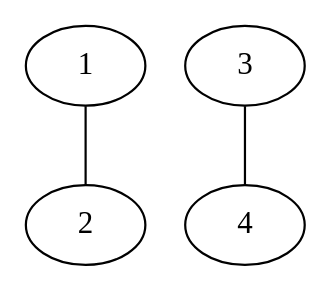
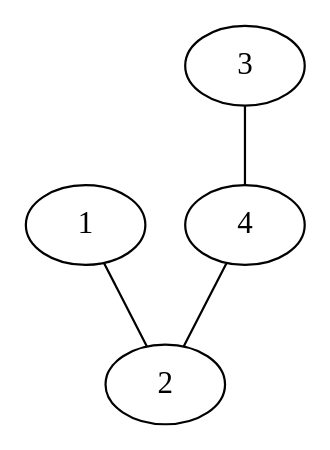
Before and after one commit to vinicius-de-souza/graphapplication: the diagram in testes/diferenca.dot, drawn with Graphviz. The commit also changed 14 other files, not shown here.

```diff
--- a/testes/diferenca.dot
+++ b/testes/diferenca.dot
@@ -1,10 +1,9 @@
 strict graph G { 
  
 
     1 --  2
-    1 --  2
     2 --  1
-    2 --  1
+    4 --  2
     3 --  4
 
  }
```
